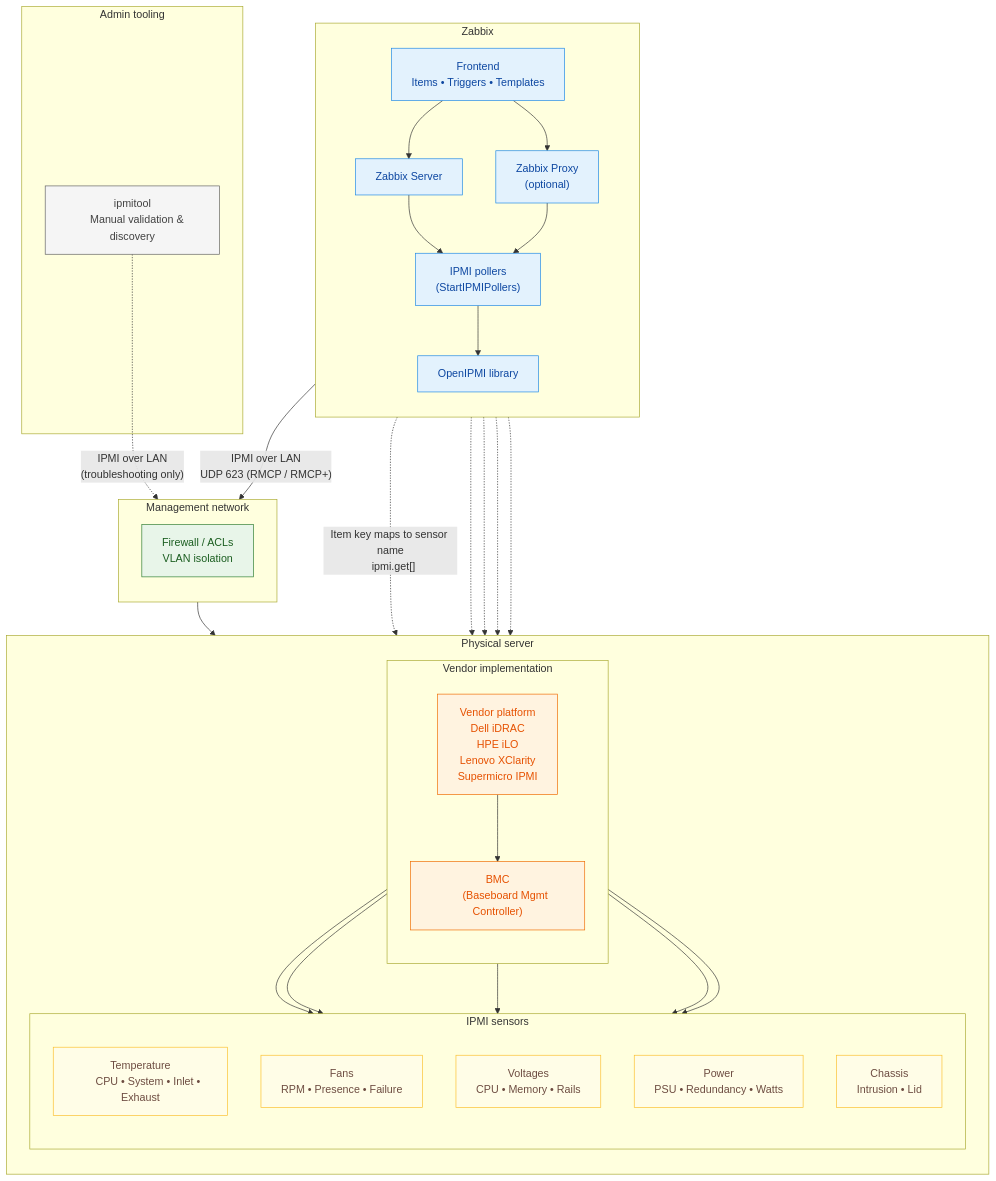
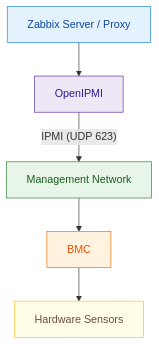
Before and after one commit to penmasters/zabbix-book: the diagram in docs/ch04-zabbix-collecting-data/ipmi.md, drawn with Mermaid.

Commit message:
Refactor mermaid diagram for IPMI section
diagram was too big

````diff
--- a/docs/ch04-zabbix-collecting-data/ipmi.md
+++ b/docs/ch04-zabbix-collecting-data/ipmi.md
@@ -50,100 +50,29 @@
 ```mermaid
 flowchart TB
   %% ---------- Styles ----------
-  classDef zabbix fill:#e3f2fd,stroke:#1e88e5,stroke-width:1px,color:#0d47a1
-  classDef network fill:#e8f5e9,stroke:#2e7d32,stroke-width:1px,color:#1b5e20
-  classDef vendor fill:#fff3e0,stroke:#ef6c00,stroke-width:1px,color:#e65100
-  classDef sensor fill:#fffde7,stroke:#fbc02d,stroke-width:1px,color:#6d4c41
-  classDef tools fill:#f5f5f5,stroke:#616161,stroke-width:1px,color:#424242
+  classDef zabbix fill:#e3f2fd,stroke:#1e88e5,color:#0d47a1
+  classDef ipmi fill:#ede7f6,stroke:#5e35b1,color:#311b92
+  classDef network fill:#e8f5e9,stroke:#2e7d32,color:#1b5e20
+  classDef hardware fill:#fff3e0,stroke:#ef6c00,color:#e65100
+  classDef sensors fill:#fffde7,stroke:#fbc02d,color:#6d4c41
 
-  %% ---------- Zabbix ----------
-  subgraph Z["Zabbix"]
-    direction TB
-    UI["Frontend
-    Items • Triggers • Templates"]
-    S["Zabbix Server"]
-    P["Zabbix Proxy
-    (optional)"]
-    IP["IPMI pollers
-    (StartIPMIPollers)"]
-    OI["OpenIPMI library"]
+  %% ---------- Nodes ----------
+  Z["Zabbix Server / Proxy"]
+  O["OpenIPMI"]
+  N["Management Network"]
+  B["BMC"]
+  H["Hardware Sensors"]
 
-    UI --> S
-    UI --> P
-    S --> IP
-    P --> IP
-    IP --> OI
-  end
+  %% ---------- Flow ----------
+  Z --> O
+  O -->|"IPMI (UDP 623)"| N
+  N --> B
+  B --> H
 
-  class UI,S,P,IP,OI zabbix
-
-  %% ---------- Network ----------
-  subgraph Net["Management network"]
-    direction TB
-    FW["Firewall / ACLs<br/>VLAN isolation"]
-  end
-
-  class FW network
-
-  %% ---------- Hardware ----------
-  subgraph HW["Physical server"]
-    direction TB
-
-    subgraph V["Vendor implementation"]
-      direction TB
-      VND["Vendor platform
-      Dell iDRAC
-      HPE iLO
-      Lenovo XClarity
-      Supermicro IPMI"]
-      BMC["BMC
-      (Baseboard Mgmt Controller)"]
-      VND --> BMC
-    end
-
-    subgraph SNS["IPMI sensors"]
-      direction TB
-      T["Temperature
-      CPU • System • Inlet • Exhaust"]
-      F["Fans
-      RPM • Presence • Failure"]
-      VLT["Voltages
-      CPU • Memory • Rails"]
-      PS["Power
-      PSU • Redundancy • Watts"]
-      CH["Chassis
-      Intrusion • Lid"]
-    end
-
-    BMC --> T
-    BMC --> F
-    BMC --> VLT
-    BMC --> PS
-    BMC --> CH
-  end
-
-  class VND,BMC vendor
-  class T,F,VLT,PS,CH sensor
-
-  %% ---------- Connectivity ----------
-  OI -->|"IPMI over LAN<br/>UDP 623 (RMCP / RMCP+)"| FW
-  FW --> BMC
-
-  %% ---------- Zabbix item mapping ----------
-  UI -.->|"Item key maps to sensor name
-  ipmi.get[<Sensor Name>]"| T
-  UI -.-> F
-  UI -.-> VLT
-  UI -.-> PS
-  UI -.-> CH
-
-  %% ---------- Tooling ----------
-  subgraph Tools["Admin tooling"]
-    IPT["ipmitool
-    Manual validation & discovery"]
-  end
-
-  class IPT tools
-
-  IPT -.->|"IPMI over LAN<br/>(troubleshooting only)"| FW
+  %% ---------- Classes ----------
+  class Z zabbix
+  class O ipmi
+  class N network
+  class B hardware
+  class H sensors
 ```
````
